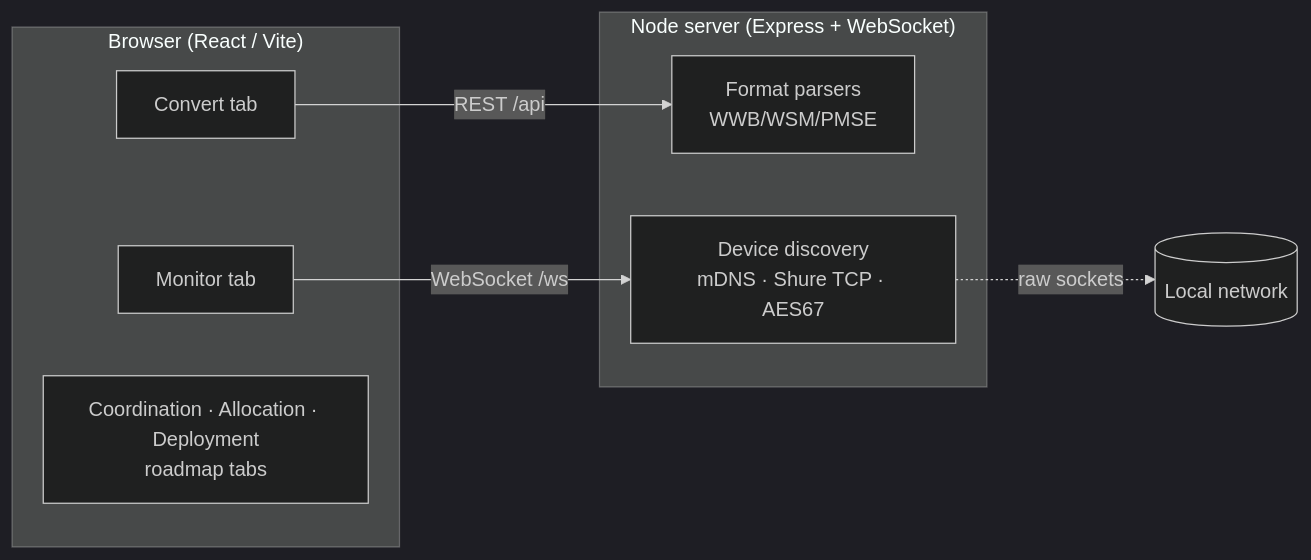
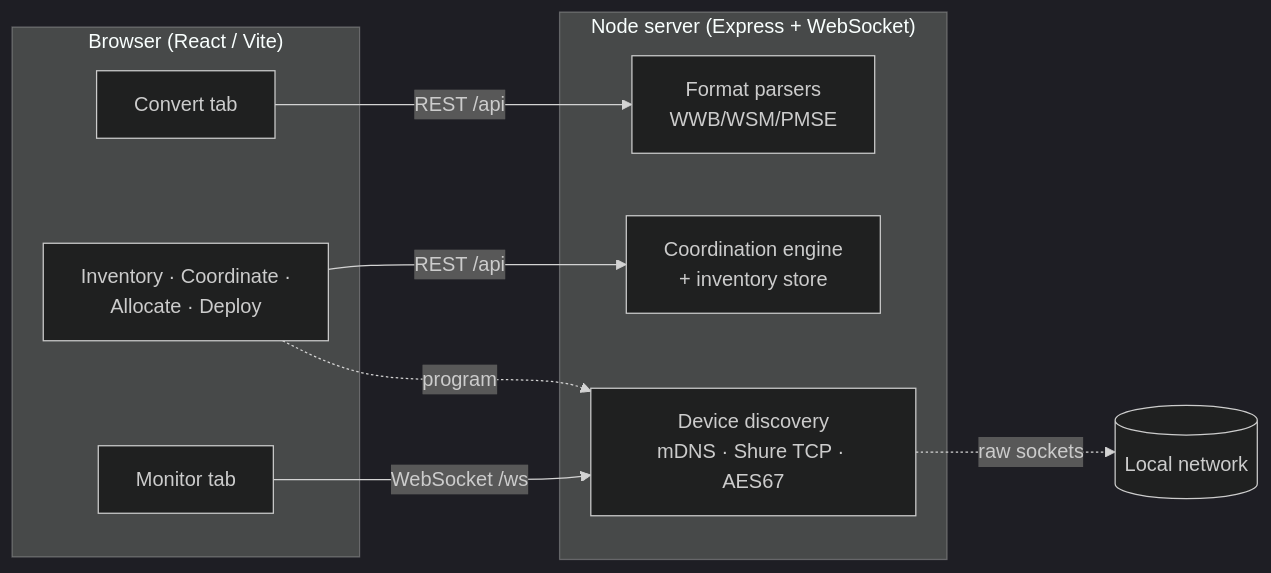
The diagram in README.md (allansargeant/RFutils), drawn with Mermaid (dark theme) before and after one commit. The commit also changed other lines of this file, not shown here.

First line of the commit message:
docs: Inventory/Allocate/Deploy are built (not roadmap)

````diff
--- a/README.md
+++ b/README.md
@@ -19,15 +19,18 @@
 ```mermaid
 flowchart LR
     subgraph Browser["Browser (React / Vite)"]
         C[Convert tab]
         M[Monitor tab]
-        R[Coordination · Allocation · Deployment<br/>roadmap tabs]
+        P[Inventory · Coordinate ·<br/>Allocate · Deploy]
     end
     subgraph Server["Node server (Express + WebSocket)"]
         F[Format parsers<br/>WWB/WSM/PMSE]
+        E[Coordination engine<br/>+ inventory store]
         D[Device discovery<br/>mDNS · Shure TCP · AES67]
     end
     C -- REST /api --> F
+    P -- REST /api --> E
     M -- WebSocket /ws --> D
     D -.raw sockets.-> Net[(Local network)]
+    P -. program .-> D
 ```
````
